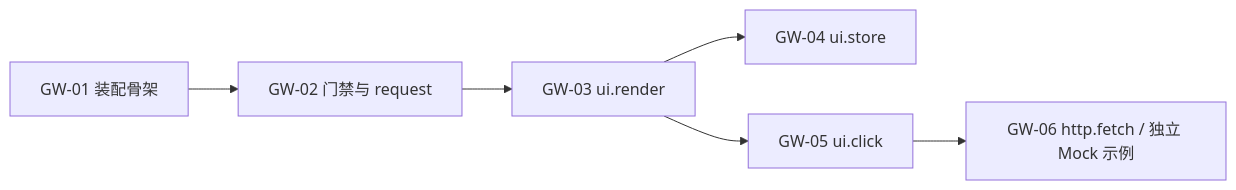
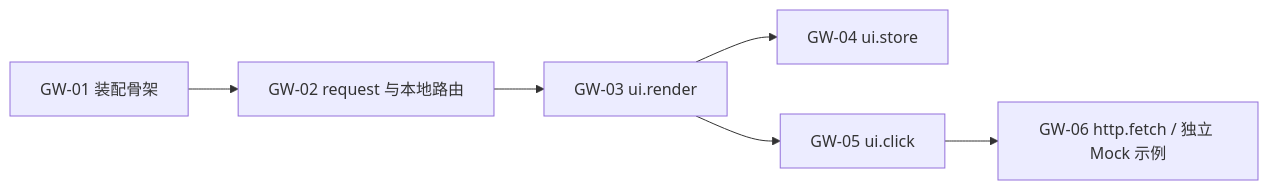
Before and after one commit to openJiuwen-ai/jiuwenswarm: the diagram in jiuwenswarm/gateway/extensions_v2/docs/designs/extensions-v2-development-plan.md, drawn with Mermaid. The commit also changed other lines of this file and 25 other files, not shown here.

````diff
--- a/jiuwenswarm/gateway/extensions_v2/docs/designs/extensions-v2-development-plan.md
+++ b/jiuwenswarm/gateway/extensions_v2/docs/designs/extensions-v2-development-plan.md
@@ -32,8 +32,8 @@
 ```mermaid
 flowchart LR
-    G1["GW-01 装配骨架"] --> G2["GW-02 门禁与 request"]
+    G1["GW-01 装配骨架"] --> G2["GW-02 request 与本地路由"]
     G2 --> G3["GW-03 ui.render"]
     G3 --> G4["GW-04 ui.store"]
     G3 --> G5["GW-05 ui.click"]
     G5 --> G6["GW-06 http.fetch / 独立 Mock 示例"]
 ```
````
